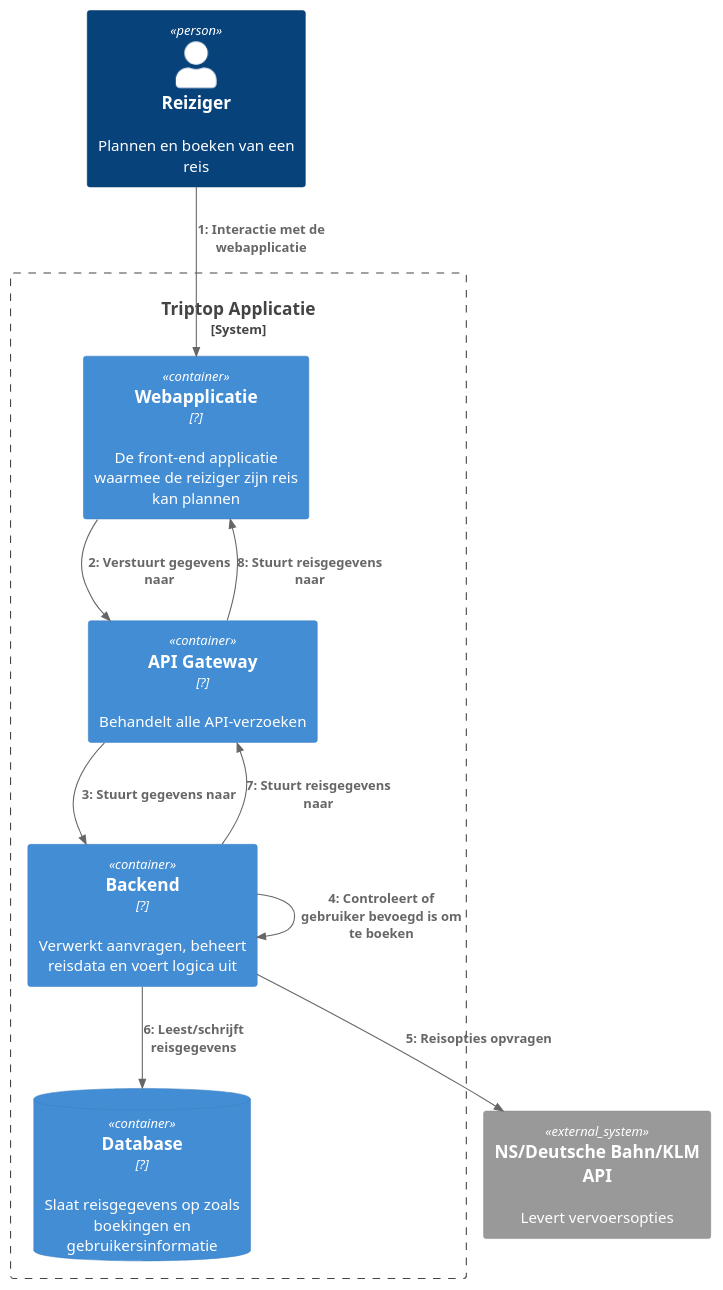
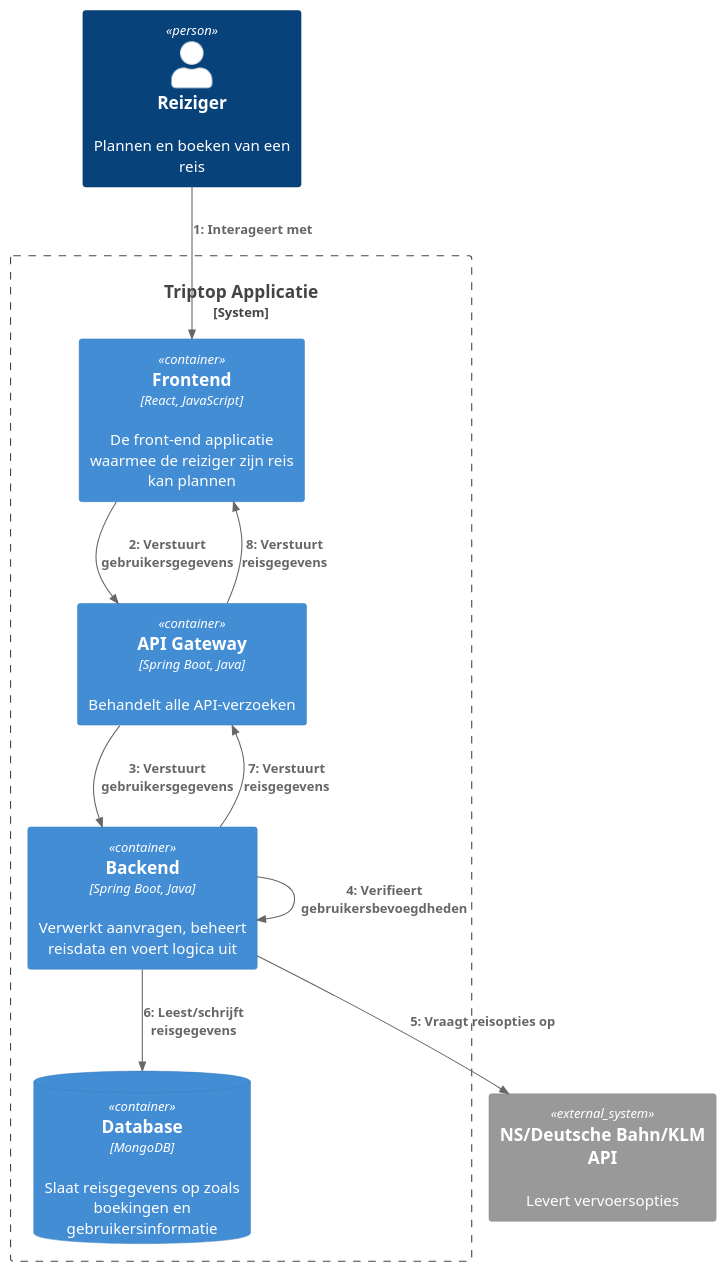
The diagram in opdracht-diagrammen/C4 Container/Dynamic/C4 Container dynamic diagram Reis boeken - Cas.puml (AIM-ENE-feb25/triptop-groep-3), drawn with PlantUML before and after one commit. The commit also changed 2 other files, not shown here.

Commit message:
Feedback week 1 verwerkt

```diff
--- a/opdracht-diagrammen/C4 Container/Dynamic/C4 Container dynamic diagram Reis boeken - Cas.puml
+++ b/opdracht-diagrammen/C4 Container/Dynamic/C4 Container dynamic diagram Reis boeken - Cas.puml
@@ -1,26 +1,26 @@
 @startuml
 
 !include https://raw.githubusercontent.com/plantuml-stdlib/C4-PlantUML/master/C4_Dynamic.puml
 
 Person(Traveler, "Reiziger", "Plannen en boeken van een reis")
 
 System_Boundary(s1, "Triptop Applicatie") {
 
-    Container(Frontend, "Webapplicatie", "?", "De front-end applicatie waarmee de reiziger zijn reis kan plannen")
-    Container(Backend, "Backend", "?", "Verwerkt aanvragen, beheert reisdata en voert logica uit")
-    ContainerDb(Database, "Database", "?", "Slaat reisgegevens op zoals boekingen en gebruikersinformatie")
-    Container(ApiGateway, "API Gateway", "?", "Behandelt alle API-verzoeken")
+    Container(Frontend, "Frontend", "React, JavaScript", "De front-end applicatie waarmee de reiziger zijn reis kan plannen")
+    Container(Backend, "Backend", "Spring Boot, Java", "Verwerkt aanvragen, beheert reisdata en voert logica uit")
+    ContainerDb(Database, "Database", "MongoDB", "Slaat reisgegevens op zoals boekingen en gebruikersinformatie")
+    Container(ApiGateway, "API Gateway", "Spring Boot, Java", "Behandelt alle API-verzoeken")
 }
 
 System_Ext(NS, "NS/Deutsche Bahn/KLM API", "Levert vervoersopties")
 
-Rel(Traveler, Frontend, "Interactie met de webapplicatie")
-Rel(Frontend, ApiGateway, "Verstuurt gegevens naar")
-Rel(ApiGateway, Backend, Stuurt gegevens naar)
-Rel(Backend, Backend, Controleert of gebruiker bevoegd is om te boeken)
-Rel(Backend, NS, "Reisopties opvragen")
+Rel(Traveler, Frontend, "Interageert met")
+Rel(Frontend, ApiGateway, "Verstuurt gebruikersgegevens")
+Rel(ApiGateway, Backend, Verstuurt gebruikersgegevens)
+Rel(Backend, Backend, Verifieert gebruikersbevoegdheden)
+Rel(Backend, NS, "Vraagt reisopties op")
 Rel(Backend, Database, "Leest/schrijft reisgegevens")
-Rel(Backend, ApiGateway, Stuurt reisgegevens naar)
-Rel(ApiGateway, Frontend, Stuurt reisgegevens naar)
+Rel(Backend, ApiGateway, Verstuurt reisgegevens)
+Rel(ApiGateway, Frontend, Verstuurt reisgegevens)
 
 @enduml
```
